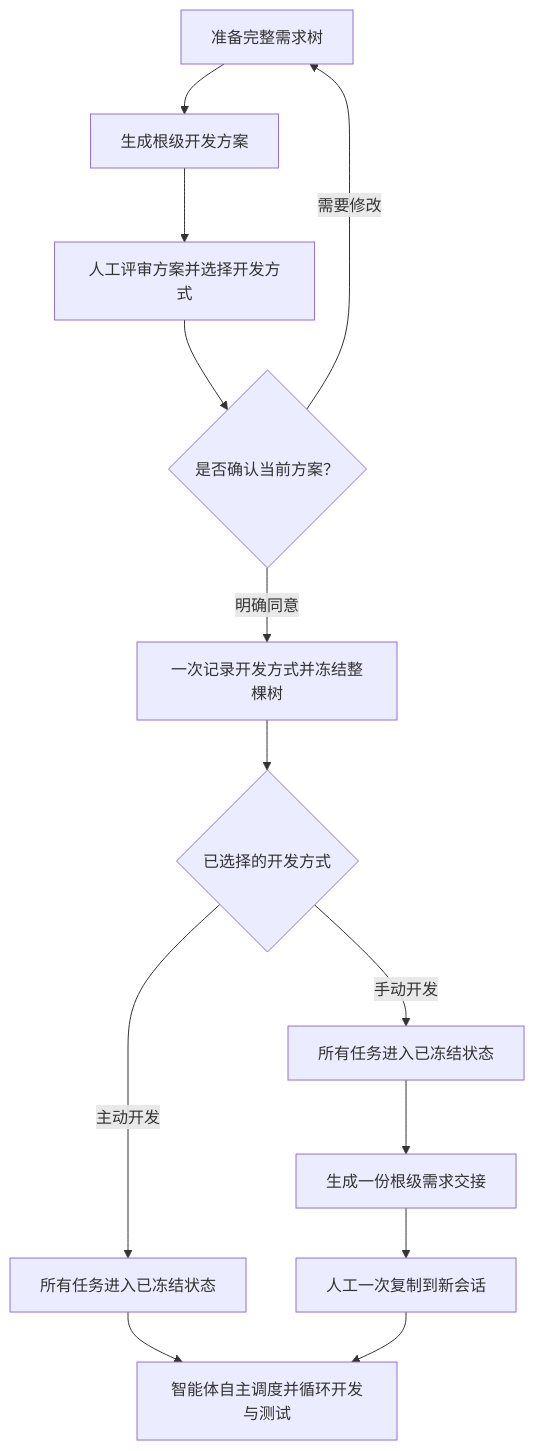
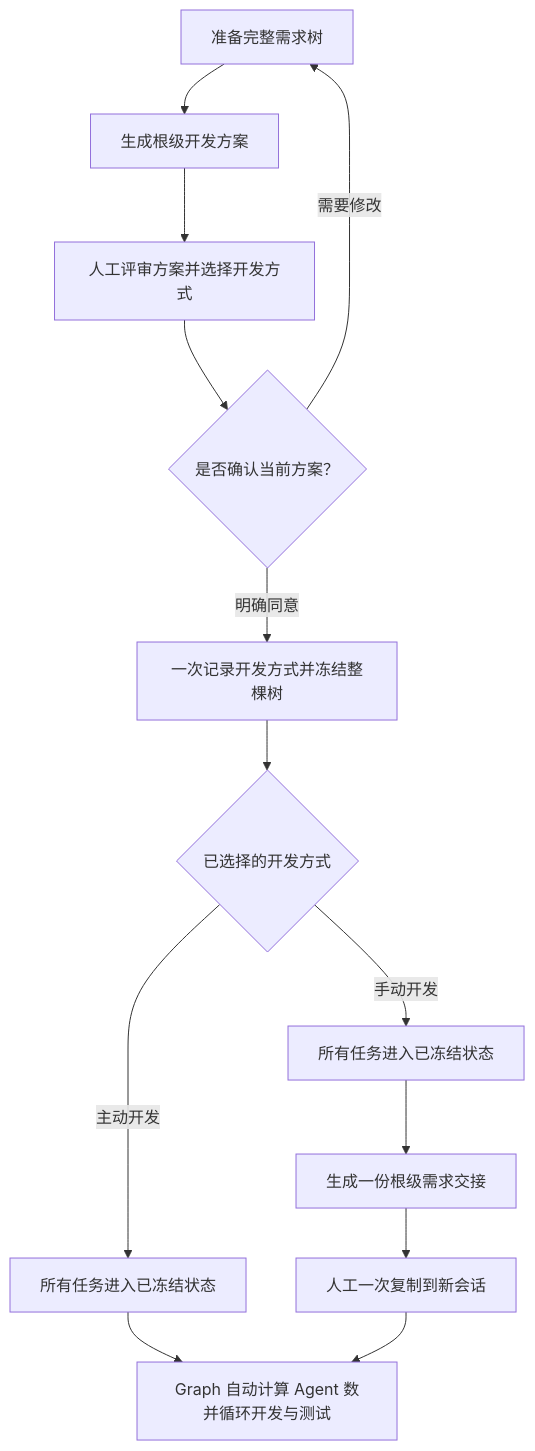
The third of 5 diagrams in skills/layered-delivery/references/workflow.md (feng123321li/gated-ai-dev-loop), drawn with Mermaid before and after one commit. The commit also changed other lines of this file and 22 other files, not shown here.

Commit message:
Make Graph scheduling controller-owned

````diff
--- a/skills/layered-delivery/references/workflow.md
+++ b/skills/layered-delivery/references/workflow.md
@@ -71,15 +85,15 @@
 ```mermaid
 flowchart TD
     A["准备完整需求树"] --> B["生成根级开发方案"]
     B --> C["人工评审方案并选择开发方式"]
     C --> D{"是否确认当前方案？"}
     D -->|"需要修改"| A
     D -->|"明确同意"| E["一次记录开发方式并冻结整棵树"]
     E --> F{"已选择的开发方式"}
     F -->|"主动开发"| G["所有任务进入已冻结状态"]
-    G --> H["智能体自主调度并循环开发与测试"]
+    G --> H["Graph 自动计算 Agent 数并循环开发与测试"]
     F -->|"手动开发"| I["所有任务进入已冻结状态"]
     I --> J["生成一份根级需求交接"]
     J --> K["人工一次复制到新会话"]
     K --> H
 ```
````
